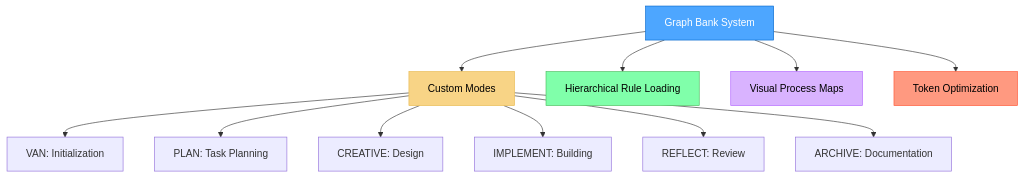
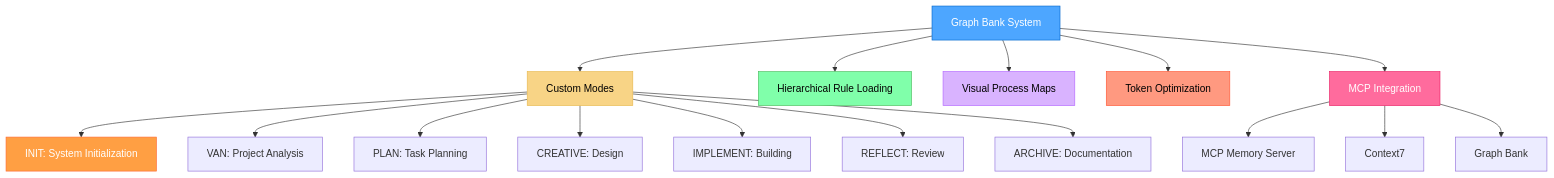
The first of 2 diagrams in README.md (7Spade/cursor-memory-bank), drawn with Mermaid before and after one commit. The commit also changed other lines of this file and 6 other files, not shown here.

````diff
--- a/README.md
+++ b/README.md
@@ -33,20 +33,28 @@
 ```mermaid
 graph TD
     Main["Graph Bank System"] --> Modes["Custom Modes"]
     Main --> Rules["Hierarchical Rule Loading"]
     Main --> Visual["Visual Process Maps"]
     Main --> Token["Token Optimization"]
+    Main --> MCP["MCP Integration"]
     
-    Modes --> VAN["VAN: Initialization"]
+    Modes --> INIT["INIT: System Initialization"]
+    Modes --> VAN["VAN: Project Analysis"]
     Modes --> PLAN["PLAN: Task Planning"]
     Modes --> CREATIVE["CREATIVE: Design"]
     Modes --> IMPLEMENT["IMPLEMENT: Building"]
     Modes --> REFLECT["REFLECT: Review"]
     Modes --> ARCHIVE["ARCHIVE: Documentation"]
     
+    MCP --> Memory["MCP Memory Server"]
+    MCP --> Context7["Context7"]
+    MCP --> GraphBank["Graph Bank"]
+    
     style Main fill:#4da6ff,stroke:#0066cc,color:white
     style Modes fill:#f8d486,stroke:#e8b84d,color:black
     style Rules fill:#80ffaa,stroke:#4dbb5f,color:black
     style Visual fill:#d9b3ff,stroke:#b366ff,color:black
     style Token fill:#ff9980,stroke:#ff5533,color:black
+    style MCP fill:#ff6b9d,stroke:#e91e63,color:white
+    style INIT fill:#ff9f43,stroke:#ff6b35,color:white
 ```
````
